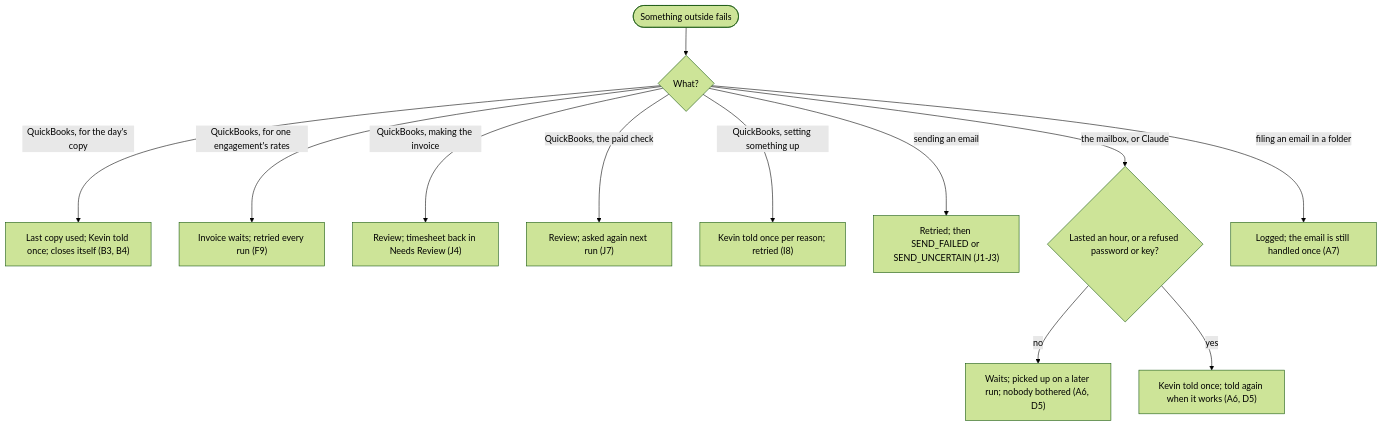
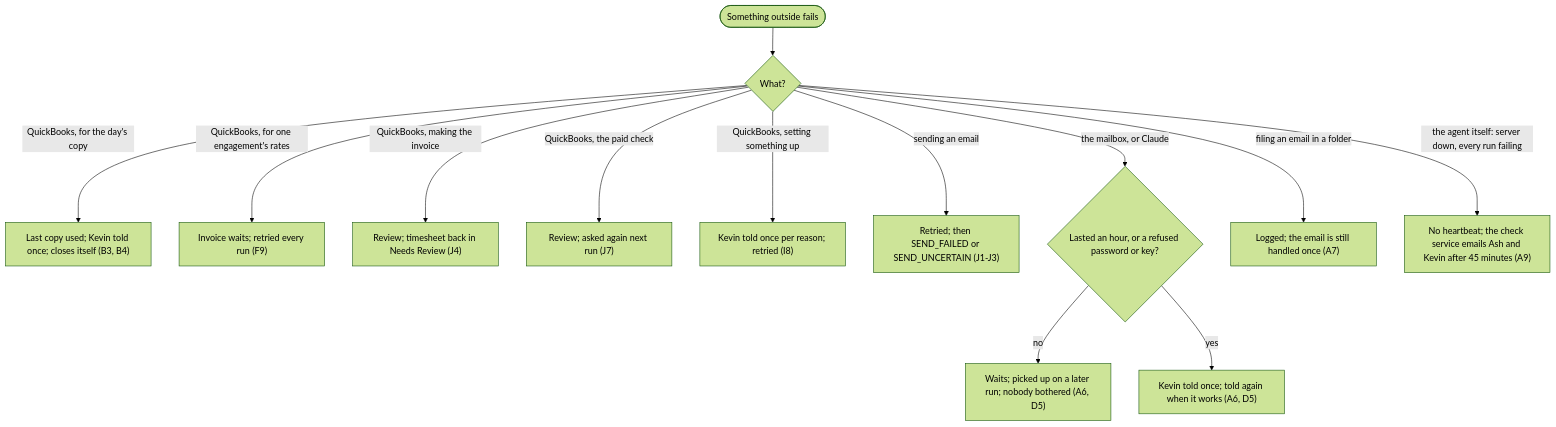
One commit to ARathie/finance-ops-agent changed the seventh of 7 diagrams in docs/how-it-works.md. Above: the diagram before and after it, drawn with Mermaid (forest theme). The commit also changed other lines of this file and 28 other files, not shown here.

````diff
--- a/docs/how-it-works.md
+++ b/docs/how-it-works.md
@@ -305,14 +307,15 @@
 ```mermaid
 flowchart TD
     f(["Something outside fails"]) --> which{"What?"}
     which -- "QuickBooks, for the day's copy" --> f1["Last copy used; Kevin told once; closes itself (B3, B4)"]
     which -- "QuickBooks, for one engagement's rates" --> f2["Invoice waits; retried every run (F9)"]
     which -- "QuickBooks, making the invoice" --> f3["Review; timesheet back in Needs Review (J4)"]
     which -- "QuickBooks, the paid check" --> f4["Review; asked again next run (J7)"]
     which -- "QuickBooks, setting something up" --> f5["Kevin told once per reason; retried (I8)"]
     which -- "sending an email" --> f6["Retried; then SEND_FAILED or SEND_UNCERTAIN (J1-J3)"]
     which -- "the mailbox, or Claude" --> f7{"Lasted an hour, or a refused password or key?"}
     f7 -- "no" --> f8["Waits; picked up on a later run; nobody bothered (A6, D5)"]
     f7 -- "yes" --> f9["Kevin told once; told again when it works (A6, D5)"]
     which -- "filing an email in a folder" --> f10["Logged; the email is still handled once (A7)"]
+    which -- "the agent itself: server down, every run failing" --> f11["No heartbeat; the check service emails Ash and Kevin after 45 minutes (A9)"]
 ```
````
